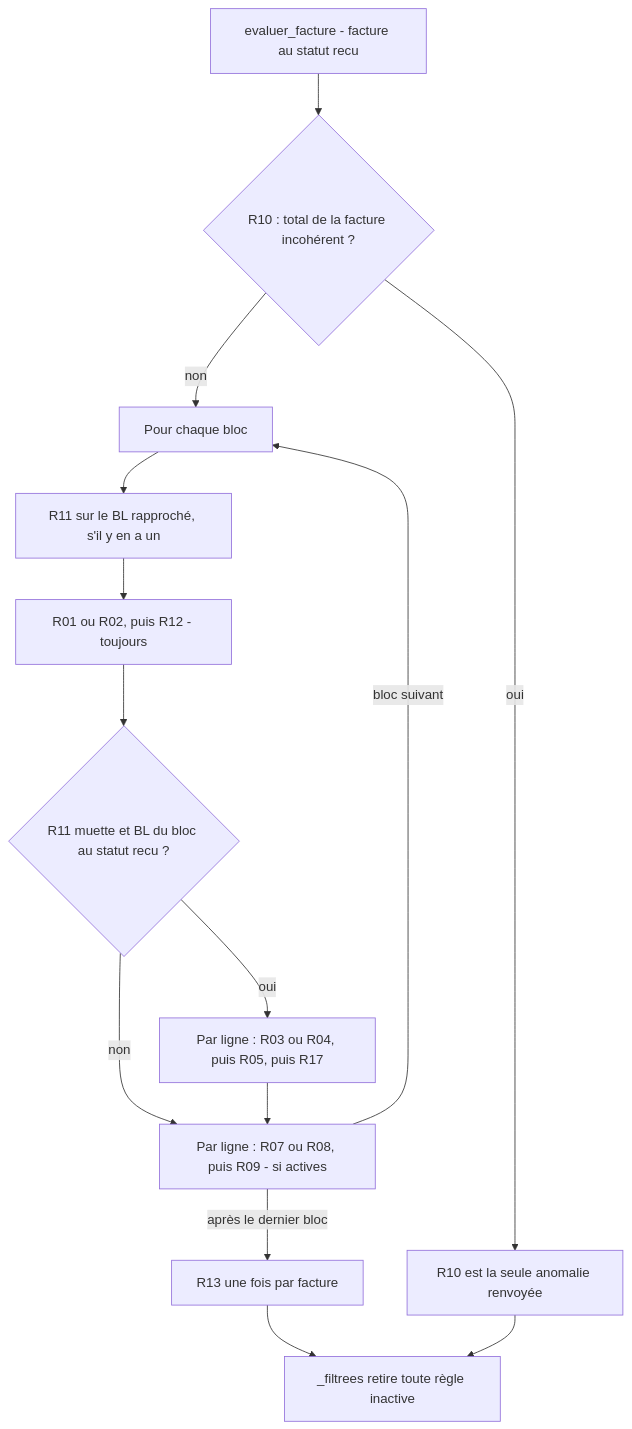
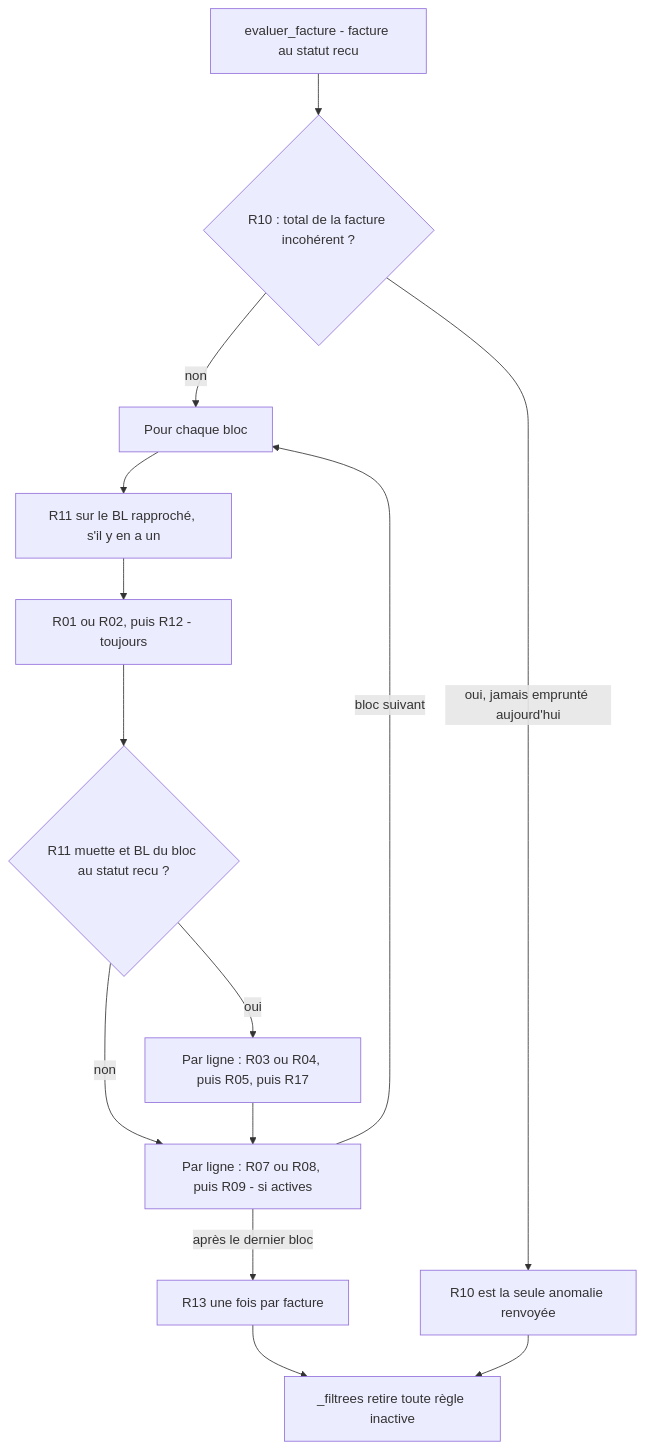
Diagram 14 of 14 in ARCHITECTURE.md (Asuura666/habitat-renovation), drawn with Mermaid before and after one commit. The commit also changed other lines of this file, not shown here.

First line of the commit message:
docs: ARCHITECTURE.md — corrections de vérification

````diff
--- a/ARCHITECTURE.md
+++ b/ARCHITECTURE.md
@@ -902,16 +976,16 @@
 ```mermaid
 flowchart TB
   debut["evaluer_facture - facture au statut recu"] --> r10{"R10 : total de la facture incohérent ?"}
-  r10 -->|"oui"| seule["R10 est la seule anomalie renvoyée"]
+  r10 -->|"oui, jamais emprunté aujourd'hui"| seule["R10 est la seule anomalie renvoyée"]
   r10 -->|"non"| bloc["Pour chaque bloc"]
   bloc --> r11["R11 sur le BL rapproché, s'il y en a un"]
   r11 --> regles_bloc["R01 ou R02, puis R12 - toujours"]
   regles_bloc --> garde{"R11 muette et BL du bloc au statut recu ?"}
   garde -->|"oui"| quantite["Par ligne : R03 ou R04, puis R05, puis R17"]
   garde -->|"non"| prix
   quantite --> prix["Par ligne : R07 ou R08, puis R09 - si actives"]
   prix -->|"bloc suivant"| bloc
   prix -->|"après le dernier bloc"| r13["R13 une fois par facture"]
   r13 --> filtre["_filtrees retire toute règle inactive"]
   seule --> filtre
 ```
````
